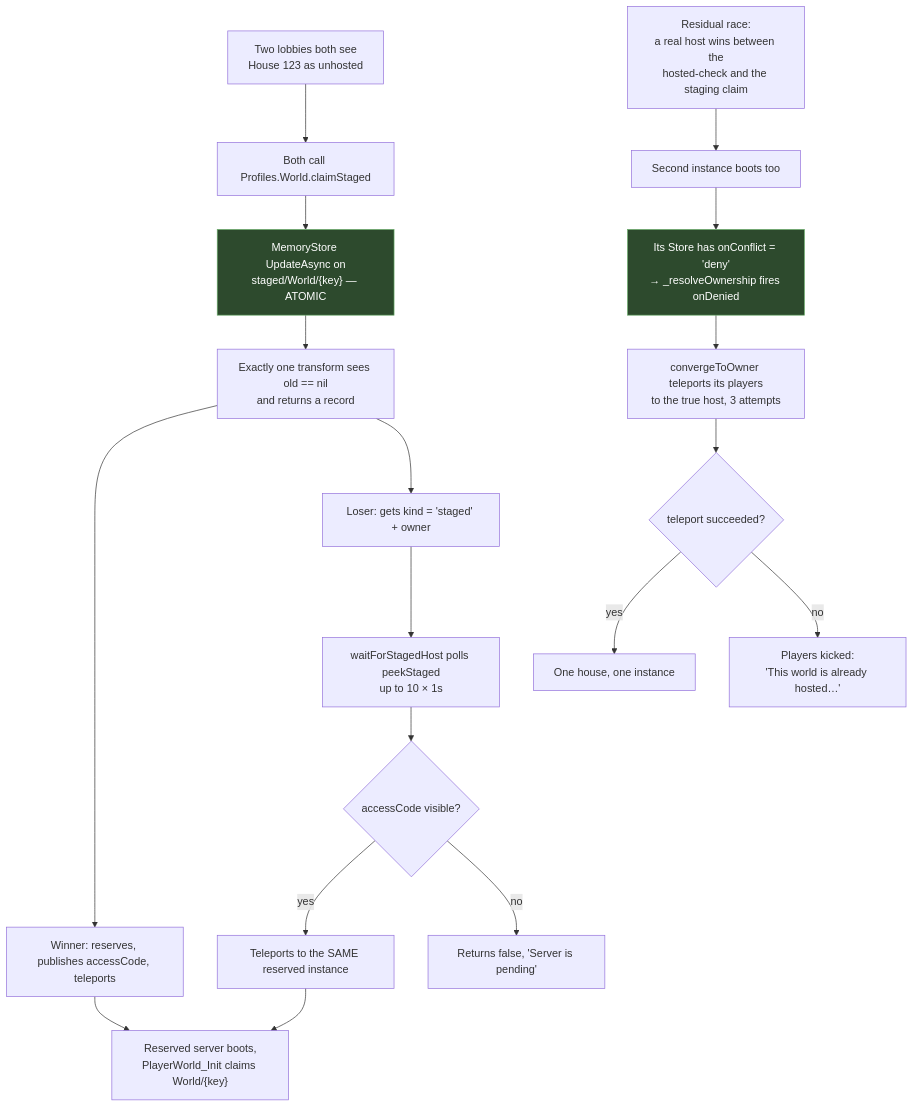
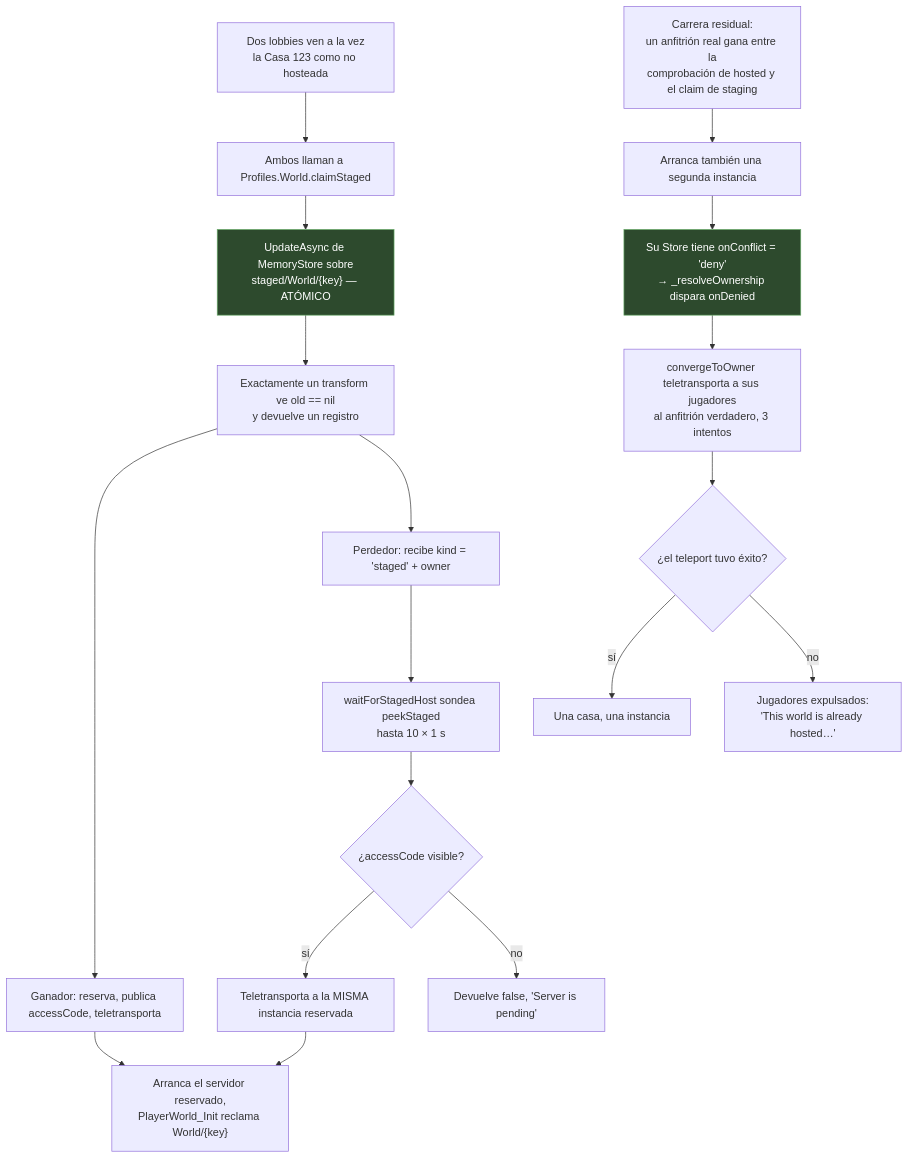
Before and after one commit to Arclyne/voz-hispana: the second of 2 diagrams in docs/architecture/reserved-servers.md, drawn with Mermaid. The commit also changed other lines of this file and 8 other files, not shown here.

````diff
--- a/docs/architecture/reserved-servers.md
+++ b/docs/architecture/reserved-servers.md
@@ -126,25 +126,25 @@
 ```mermaid
 flowchart TD
-    A["Two lobbies both see<br/>House 123 as unhosted"] --> B["Both call Profiles.World.claimStaged"]
-    B --> C["MemoryStore UpdateAsync on<br/>staged/World/{key} — ATOMIC"]
-    C --> D["Exactly one transform sees old == nil<br/>and returns a record"]
-    D --> E["Winner: reserves, publishes accessCode, teleports"]
-    D --> F["Loser: gets kind = 'staged' + owner"]
-    F --> G["waitForStagedHost polls peekStaged<br/>up to 10 × 1s"]
-    G --> H{"accessCode visible?"}
-    H -- yes --> I["Teleports to the SAME reserved instance"]
-    H -- no --> J["Returns false, 'Server is pending'"]
+    A["Dos lobbies ven a la vez<br/>la Casa 123 como no hosteada"] --> B["Ambos llaman a Profiles.World.claimStaged"]
+    B --> C["UpdateAsync de MemoryStore sobre<br/>staged/World/{key} — ATÓMICO"]
+    C --> D["Exactamente un transform ve old == nil<br/>y devuelve un registro"]
+    D --> E["Ganador: reserva, publica accessCode, teletransporta"]
+    D --> F["Perdedor: recibe kind = 'staged' + owner"]
+    F --> G["waitForStagedHost sondea peekStaged<br/>hasta 10 × 1 s"]
+    G --> H{"¿accessCode visible?"}
+    H -- sí --> I["Teletransporta a la MISMA instancia reservada"]
+    H -- no --> J["Devuelve false, 'Server is pending'"]
 
-    E --> K["Reserved server boots,<br/>PlayerWorld_Init claims World/{key}"]
+    E --> K["Arranca el servidor reservado,<br/>PlayerWorld_Init reclama World/{key}"]
     I --> K
 
-    L["Residual race:<br/>a real host wins between the<br/>hosted-check and the staging claim"] --> M["Second instance boots too"]
-    M --> N["Its Store has onConflict = 'deny'<br/>→ _resolveOwnership fires onDenied"]
-    N --> O["convergeToOwner teleports its players<br/>to the true host, 3 attempts"]
-    O --> P{"teleport succeeded?"}
-    P -- yes --> Q["One house, one instance"]
-    P -- no --> R["Players kicked:<br/>'This world is already hosted…'"]
+    L["Carrera residual:<br/>un anfitrión real gana entre la<br/>comprobación de hosted y el claim de staging"] --> M["Arranca también una segunda instancia"]
+    M --> N["Su Store tiene onConflict = 'deny'<br/>→ _resolveOwnership dispara onDenied"]
+    N --> O["convergeToOwner teletransporta a sus jugadores<br/>al anfitrión verdadero, 3 intentos"]
+    O --> P{"¿el teleport tuvo éxito?"}
+    P -- sí --> Q["Una casa, una instancia"]
+    P -- no --> R["Jugadores expulsados:<br/>'This world is already hosted…'"]
 
     style C fill:#2d4a2d,stroke:#6a6,color:#fff
     style N fill:#2d4a2d,stroke:#6a6,color:#fff
 ```
````
